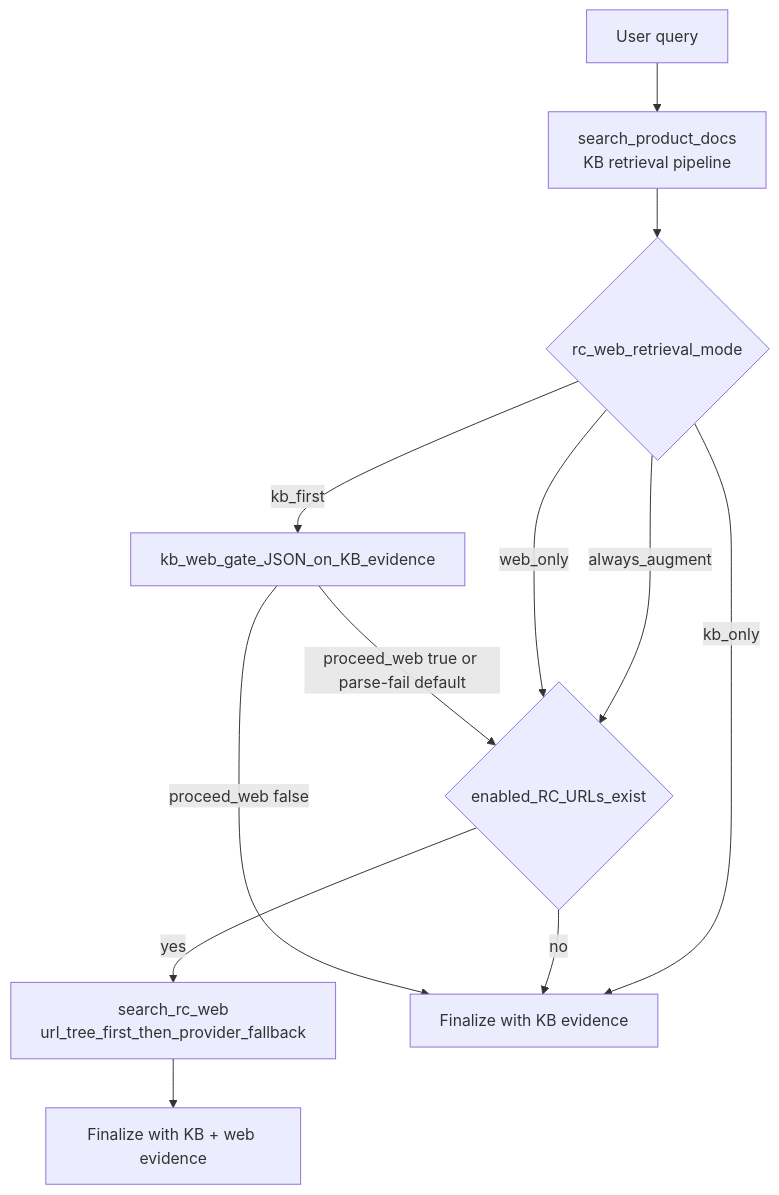
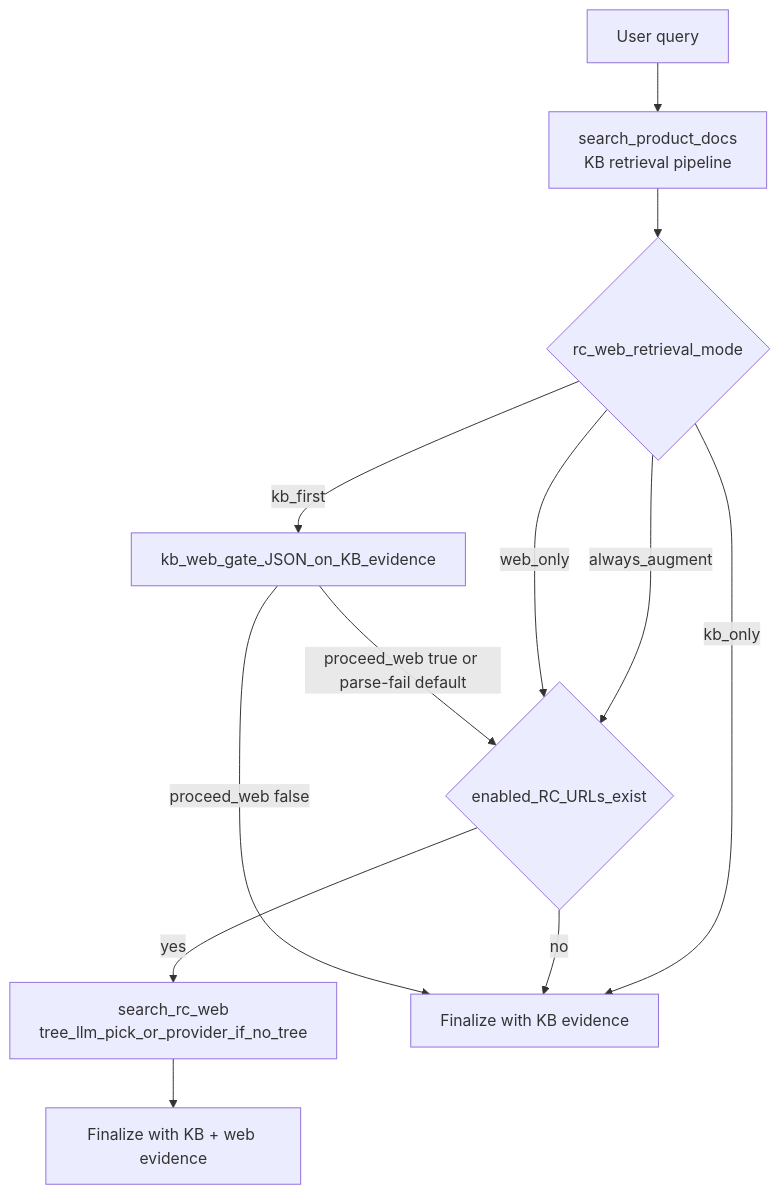
One commit to sangyoon-pak/Sova_CSM_Radar_247 changed the second of 3 diagrams in docs/ARCHITECTURE.md. Above: the diagram before and after it, drawn with Mermaid. The commit also changed other lines of this file and 4 other files, not shown here.

First line of the commit message:
RC web: strict tree path, LLM URL+title selection, diagnostics, docs/UI

````diff
--- a/docs/ARCHITECTURE.md
+++ b/docs/ARCHITECTURE.md
@@ -103,23 +103,23 @@
 ```mermaid
 %%{init: {"themeCSS": ".edgePath path{stroke-width:3px !important;} .flowchart-link{stroke-width:3px !important;} .edge-pattern-dotted{stroke-width:3px !important;} .edge-pattern-dashed{stroke-width:3px !important;}"}}%%
 flowchart TB
   Q[User query]
   KB[search_product_docs<br/>KB retrieval pipeline]
   MODE{rc_web_retrieval_mode}
   RCURL{enabled_RC_URLs_exist}
   GATE[kb_web_gate_JSON_on_KB_evidence]
-  WEB[search_rc_web<br/>url_tree_first_then_provider_fallback]
+  WEB[search_rc_web<br/>tree_llm_pick_or_provider_if_no_tree]
   OUTKB[Finalize with KB evidence]
   OUTBOTH[Finalize with KB + web evidence]
 
   Q --> KB --> MODE
   MODE -->|always_augment| RCURL
   MODE -->|kb_first| GATE
   MODE -->|kb_only| OUTKB
   MODE -->|web_only| RCURL
   RCURL -->|yes| WEB
   RCURL -->|no| OUTKB
   GATE -->|proceed_web true or parse-fail default| RCURL
   GATE -->|proceed_web false| OUTKB
   WEB --> OUTBOTH
 ```
````
